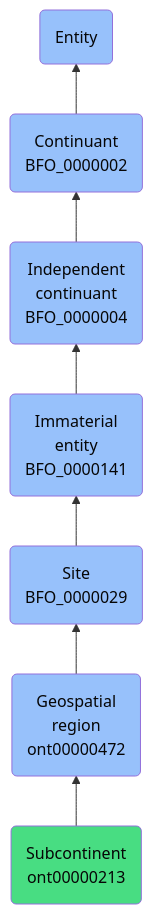
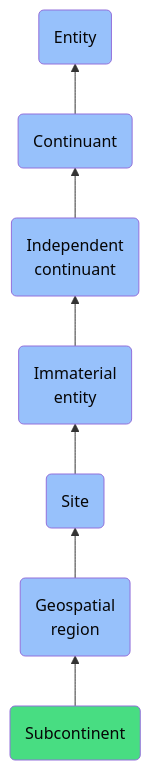
One commit to jupyter-naas/abi changed the diagram in docs/ontology/reference/model/Entity/Continuant/Independent continuant/Immaterial entity/Site/Geospatial region/Subcontinent/Subcontinent.md. Above: the diagram before and after it, drawn with Mermaid. The commit also changed other lines of this file and 1430 other files, not shown here.

````diff
--- a/docs/ontology/reference/model/Entity/Continuant/Independent continuant/Immaterial entity/Site/Geospatial region/Subcontinent/Subcontinent.md
+++ b/docs/ontology/reference/model/Entity/Continuant/Independent continuant/Immaterial entity/Site/Geospatial region/Subcontinent/Subcontinent.md
@@ -24,14 +24,14 @@
 ```mermaid
 graph BT
-    ont00000213(Subcontinent<br>ont00000213):::ABI-->ont00000472
-    ont00000472(Geospatial<br>region<br>ont00000472):::BFO-->BFO_0000029
-    BFO_0000029(Site<br>BFO_0000029):::BFO-->BFO_0000141
-    BFO_0000141(Immaterial<br>entity<br>BFO_0000141):::BFO-->BFO_0000004
-    BFO_0000004(Independent<br>continuant<br>BFO_0000004):::BFO-->BFO_0000002
-    BFO_0000002(Continuant<br>BFO_0000002):::BFO-->BFO_0000001
+    ont00000213(Subcontinent):::ABI-->ont00000472
+    ont00000472(Geospatial<br>region):::BFO-->BFO_0000029
+    BFO_0000029(Site):::BFO-->BFO_0000141
+    BFO_0000141(Immaterial<br>entity):::BFO-->BFO_0000004
+    BFO_0000004(Independent<br>continuant):::BFO-->BFO_0000002
+    BFO_0000002(Continuant):::BFO-->BFO_0000001
     BFO_0000001(Entity):::BFO
     
     classDef BFO fill:#97c1fb,color:#060606
     classDef CCO fill:#e4c51e,color:#060606
     classDef ABI fill:#48DD82,color:#060606
 ```
````
